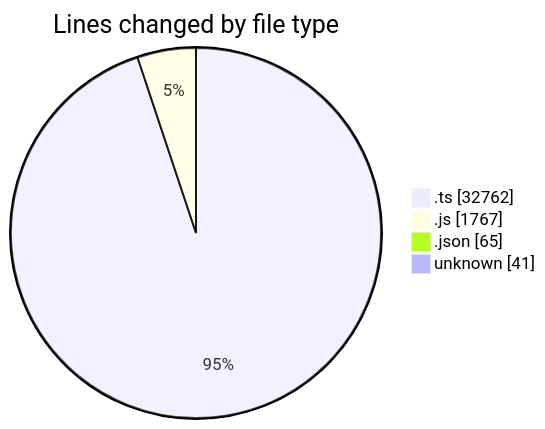
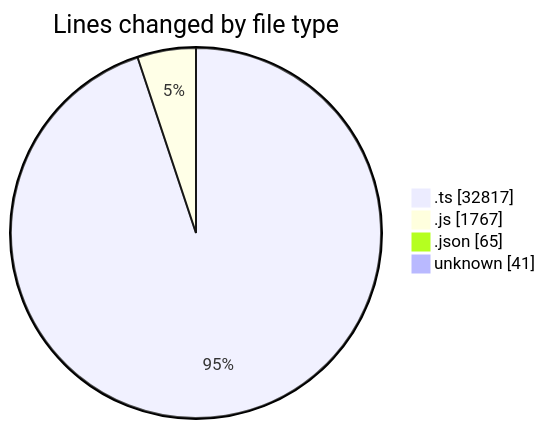
Before and after one commit to momahboobian/code-tracking: the first of 2 diagrams in 2025-07-31/cda/README.md, drawn with Mermaid. The commit also changed other lines of this file and 1 other file, not shown here.

````diff
--- a/2025-07-31/cda/README.md
+++ b/2025-07-31/cda/README.md
@@ -30,8 +30,8 @@
 ```mermaid
 pie showData
 title Lines changed by file type
-".ts" : 32762
+".ts" : 32817
 ".js" : 1767
 ".json" : 65
 "unknown" : 41
 ```
````
